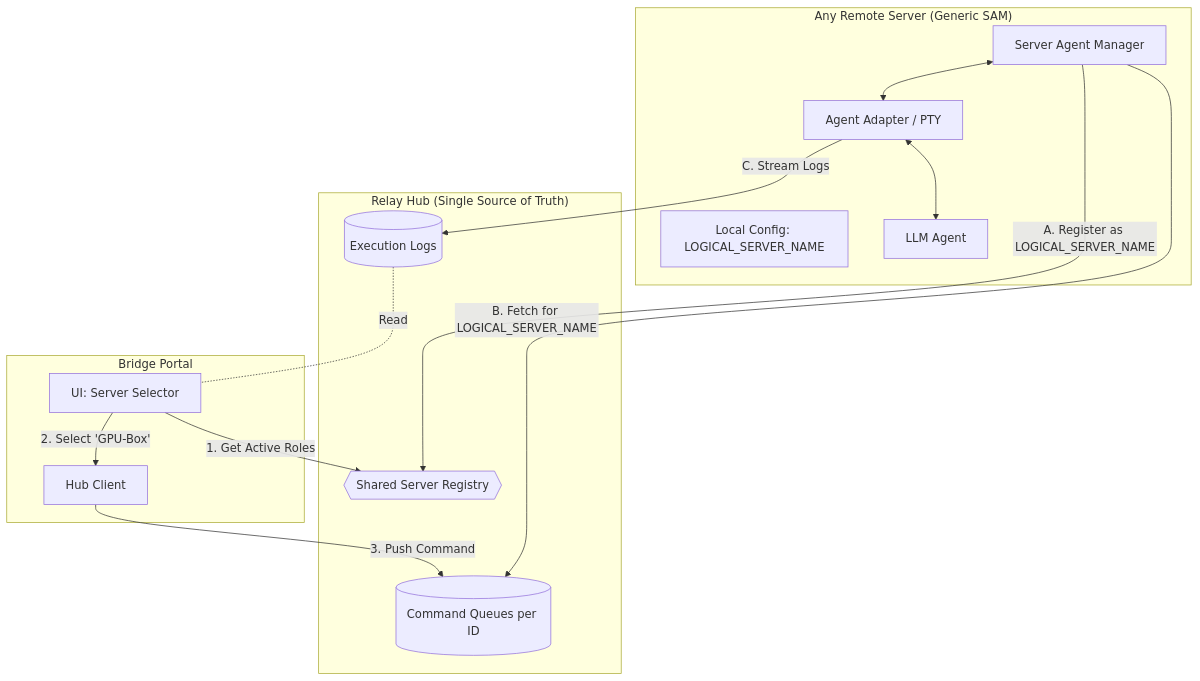
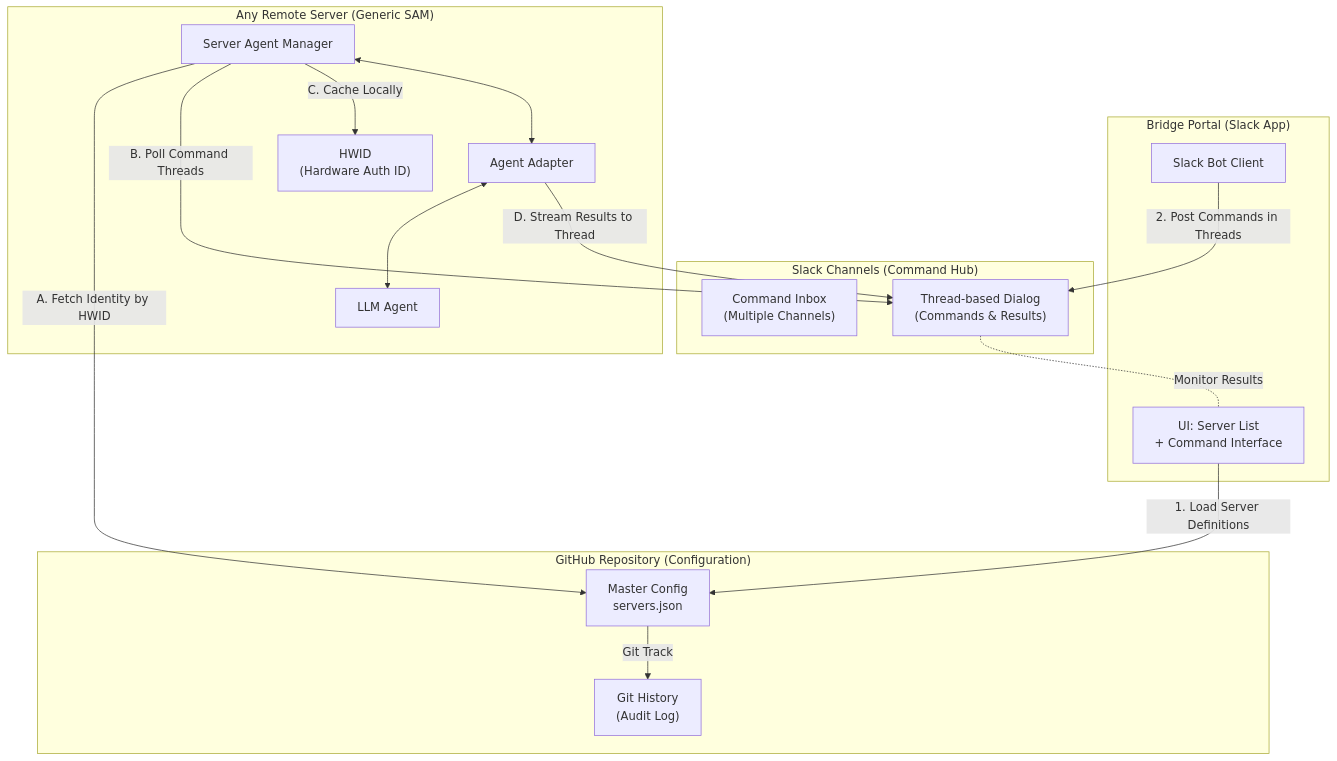
Before and after one commit to hagevvashi-info/hagevvashi.info-dev-hub: the second of 3 diagrams in projects/various/initiatives/20260505--call-remote-server-llm/DIAGRAMS.md, drawn with Mermaid. The commit also changed other lines of this file and 3 other files, not shown here.

First line of the commit message:
docs: specify Remote LLM Bridge architecture - GitHub config, Slack control, session management (#32)

````diff
--- a/projects/various/initiatives/20260505--call-remote-server-llm/DIAGRAMS.md
+++ b/projects/various/initiatives/20260505--call-remote-server-llm/DIAGRAMS.md
@@ -44,31 +47,37 @@
 ```mermaid
 graph TD
-    subgraph "Bridge Portal"
-        UI[UI: Server Selector]
-        Client[Hub Client]
+    subgraph "Bridge Portal (Slack App)"
+        UI["UI: Server List<br/>+ Command Interface"]
+        SlackClient[Slack Bot Client]
     end
 
-    subgraph "Relay Hub (Single Source of Truth)"
-        Registry{{Shared Server Registry}}
-        Queues[(Command Queues per ID)]
-        Logs[(Execution Logs)]
+    subgraph "GitHub Repository (Configuration)"
+        Master["Master Config<br/>servers.json"]
+        GitHistory["Git History<br/>(Audit Log)"]
+    end
+
+    subgraph "Slack Channels (Command Hub)"
+        CommandInbox["Command Inbox<br/>(Multiple Channels)"]
+        Threads["Thread-based Dialog<br/>(Commands & Results)"]
     end
 
     subgraph "Any Remote Server (Generic SAM)"
-        Config[Local Config: LOGICAL_SERVER_NAME]
+        LocalID["HWID<br/>(Hardware Auth ID)"]
         SAM[Server Agent Manager]
-        AA[Agent Adapter / PTY]
+        AA[Agent Adapter]
         Agent[LLM Agent]
     end
 
-    UI -- "1. Get Active Roles" --> Registry
-    UI -- "2. Select 'GPU-Box'" --> Client
-    Client -- "3. Push Command" --> Queues
+    UI -- "1. Load Server Definitions" --> Master
+    SlackClient -- "2. Post Commands in Threads" --> Threads
 
-    SAM -- "A. Register as LOGICAL_SERVER_NAME" --> Registry
-    SAM -- "B. Fetch for LOGICAL_SERVER_NAME" --> Queues
-
+    SAM -- "A. Fetch Identity by HWID" --> Master
+    SAM -- "B. Poll Command Threads" --> Threads
+    SAM -- "C. Cache Locally" --> LocalID
+    
     SAM <--> AA <--> Agent
-    AA -- "C. Stream Logs" --> Logs
-    Logs -. Read .- UI
+    AA -- "D. Stream Results to Thread" --> Threads
+    Threads -. "Monitor Results" .- UI
+    
+    Master -- "Git Track" --> GitHistory
 ```
````
